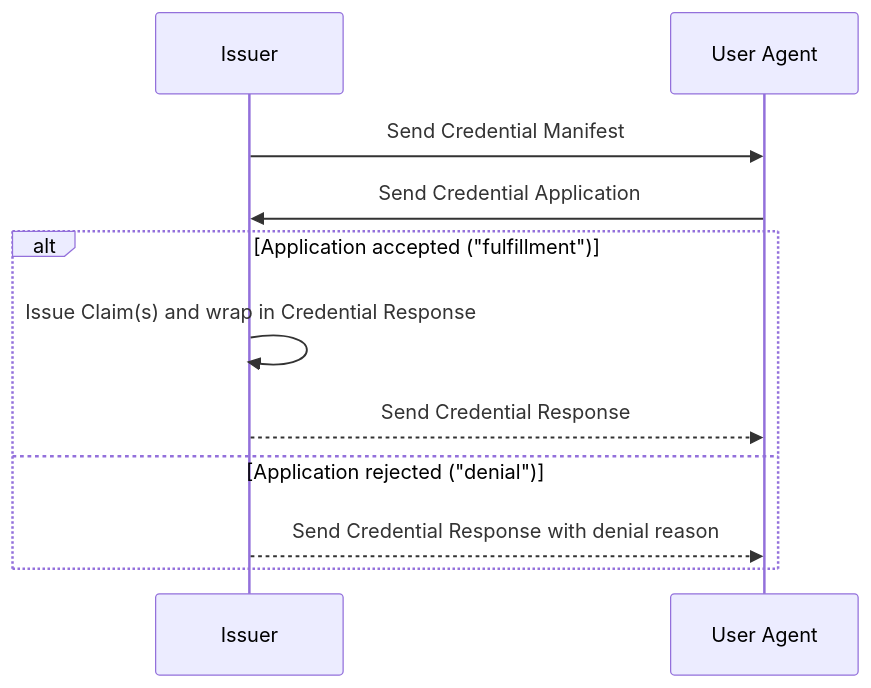
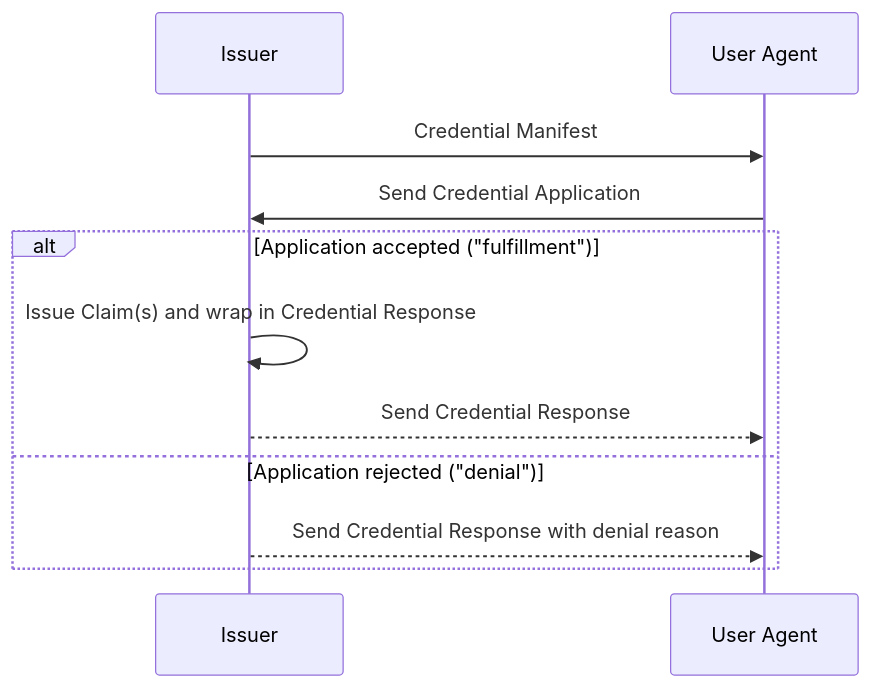
Before and after one commit to decentralized-identity/credential-manifest: the diagram in spec/spec.md, drawn with Mermaid.

Commit message:
manually accepting brent's requested change
in previous PR

````diff
--- a/spec/spec.md
+++ b/spec/spec.md
@@ -72,12 +72,12 @@
 ```mermaid
 sequenceDiagram
-    Issuer->>User Agent: Send Credential Manifest
+    Issuer->>User Agent: Credential Manifest
     User Agent->>Issuer: Send Credential Application
     alt Application accepted ("fulfillment")
         Issuer->>Issuer: Issue Claim(s) and wrap in Credential Response
         Issuer-->>User Agent: Send Credential Response
   else Application rejected ("denial")
        Issuer-->>User Agent: Send Credential Response with denial reason
   end
 
 ```
````
